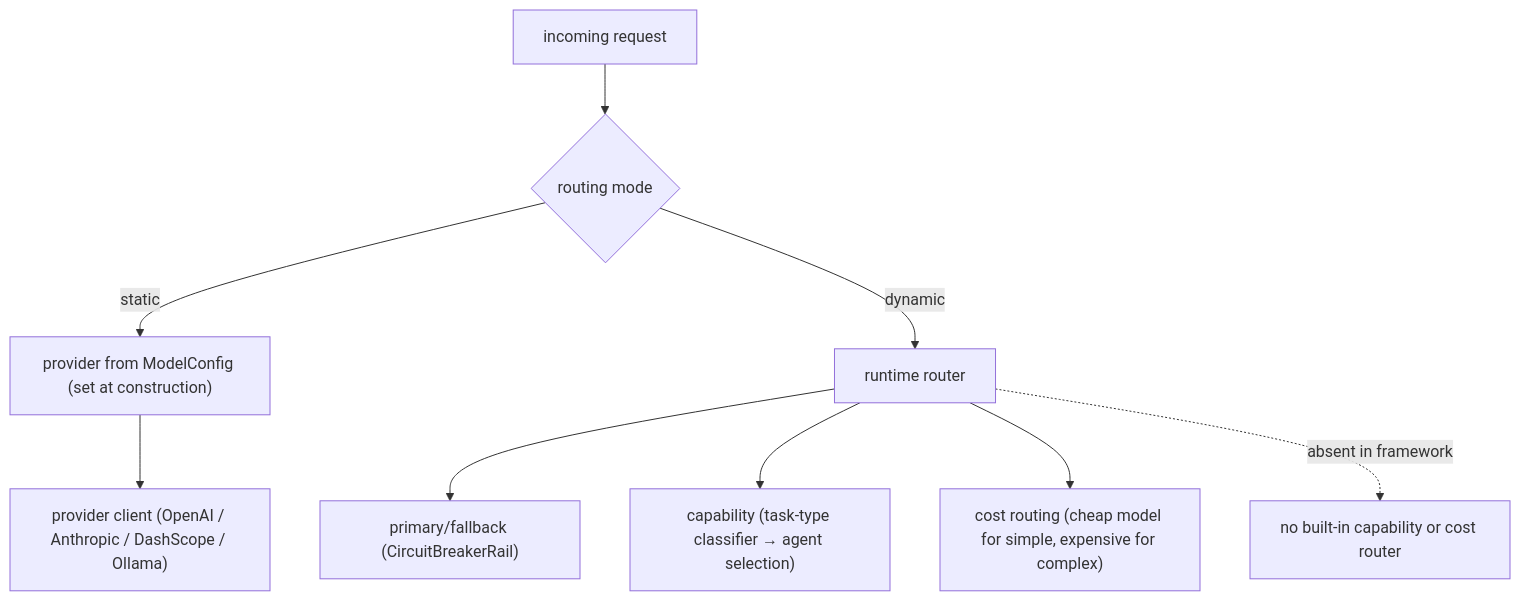
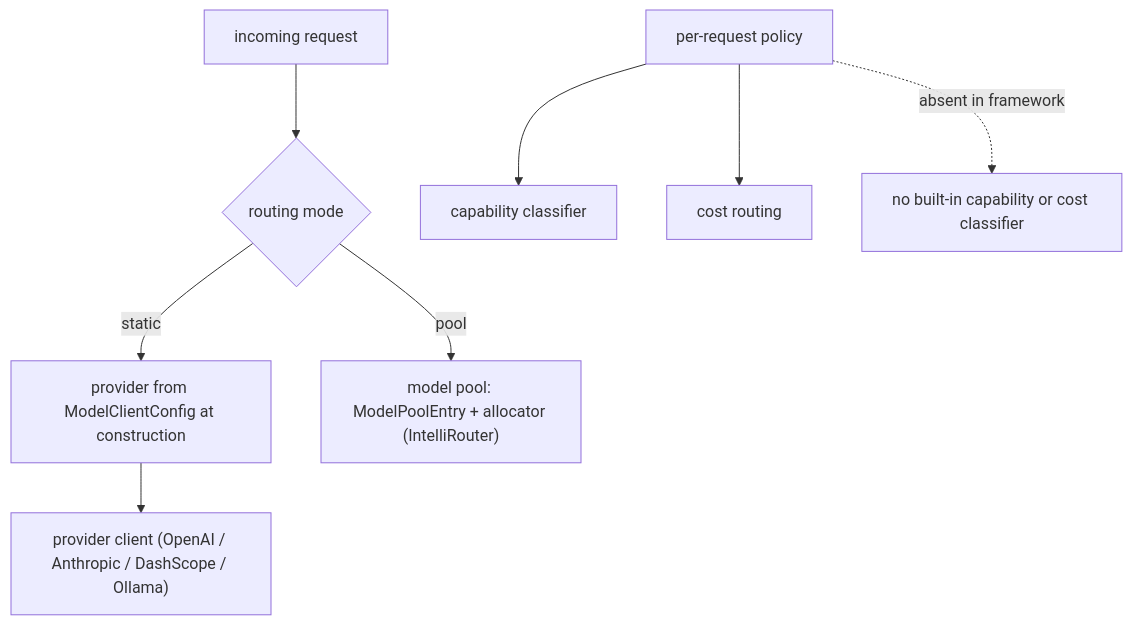
One commit to michaelatamuk/openjiuwen-knowledge changed diagram 15 of 16 in content/topics/16-production-cost-and-scale.md. Above: the diagram before and after it, drawn with Mermaid. The commit also changed other lines of this file and 47 other files, not shown here.

````diff
--- a/content/topics/16-production-cost-and-scale.md
+++ b/content/topics/16-production-cost-and-scale.md
@@ -414,11 +414,10 @@
 ```mermaid
 flowchart TD
     REQ["incoming request"] --> ROUTE{"routing mode"}
-    ROUTE -->|"static"| CONF["provider from ModelConfig (set at construction)"]
-    ROUTE -->|"dynamic"| DYN["runtime router"]
-    DYN --> PF["primary/fallback (CircuitBreakerRail)"]
-    DYN --> CAP["capability (task-type classifier → agent selection)"]
-    DYN --> COST["cost routing (cheap model for simple, expensive for complex)"]
+    ROUTE -->|"static"| CONF["provider from ModelClientConfig at construction"]
+    ROUTE -->|"pool"| POOL["model pool: ModelPoolEntry + allocator (IntelliRouter)"]
+    DYN["per-request policy"] --> CAP["capability classifier"]
+    DYN --> COST["cost routing"]
     CONF --> PROV["provider client (OpenAI / Anthropic / DashScope / Ollama)"]
-    DYN -.->|"absent in framework"| X["no built-in capability or cost router"]
+    DYN -.->|"absent in framework"| X["no built-in capability or cost classifier"]
 ```
````
